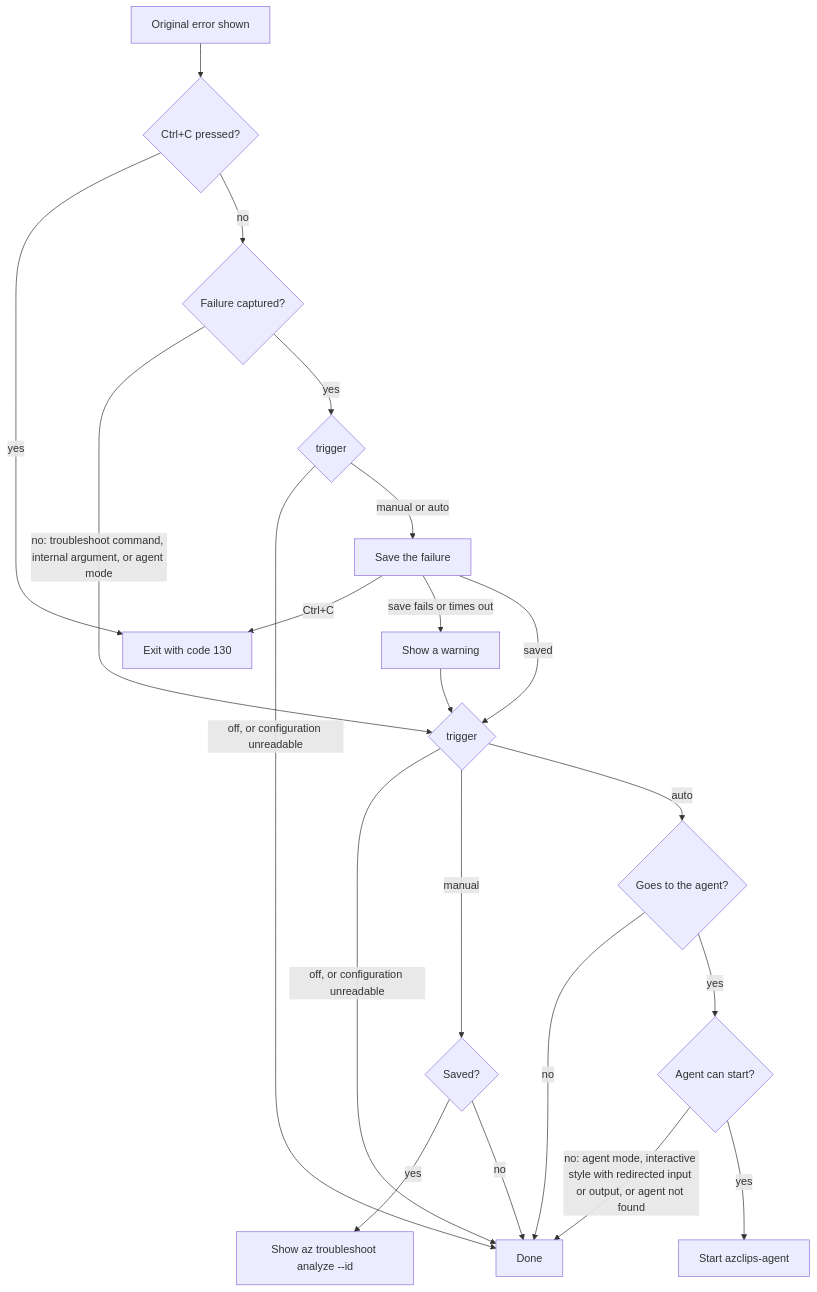
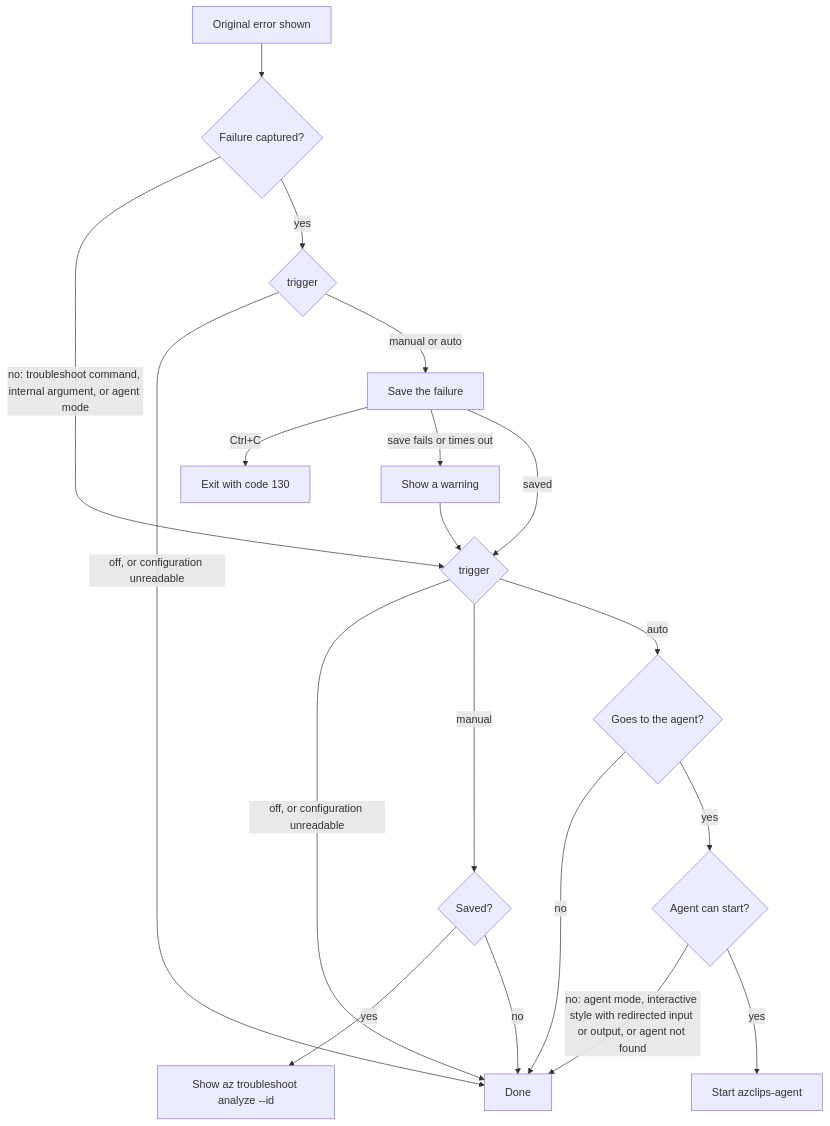
Before and after one commit to Azure/azclips: the diagram in openspec/changes/manual-error-recovery/design.md, drawn with Mermaid.

Commit message:
{Docs} Remove the unreachable Ctrl+C check from the failure path flowchart

````diff
--- a/openspec/changes/manual-error-recovery/design.md
+++ b/openspec/changes/manual-error-recovery/design.md
@@ -124,23 +124,21 @@
 ```mermaid
 flowchart TD
-    A[Original error shown] --> B{Ctrl+C pressed?}
-    B -->|yes| X[Exit with code 130]
-    B -->|no| C{Failure captured?}
+    A[Original error shown] --> C{Failure captured?}
     C -->|no: troubleshoot command, internal argument, or agent mode| T{trigger}
     C -->|yes| D{trigger}
     D -->|off, or configuration unreadable| Z[Done]
     D -->|manual or auto| S[Save the failure]
-    S -->|Ctrl+C| X
+    S -->|Ctrl+C| X[Exit with code 130]
     S -->|save fails or times out| W[Show a warning]
     S -->|saved| T
     W --> T
     T -->|off, or configuration unreadable| Z
     T -->|manual| M{Saved?}
     M -->|yes| F[Show az troubleshoot analyze --id]
     M -->|no| Z
     T -->|auto| H{Goes to the agent?}
     H -->|no| Z
     H -->|yes| J{Agent can start?}
     J -->|no: agent mode, interactive style with redirected input or output, or agent not found| Z
     J -->|yes| K[Start azclips-agent]
 ```
````
